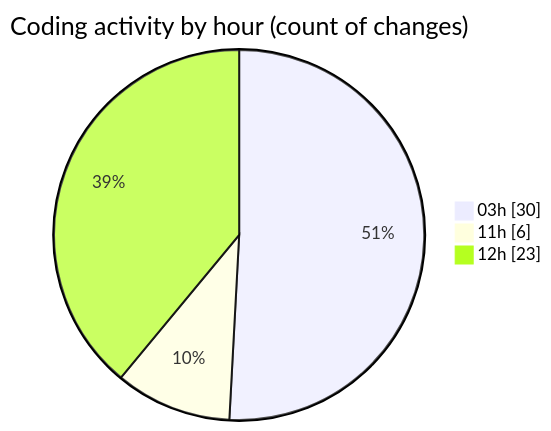
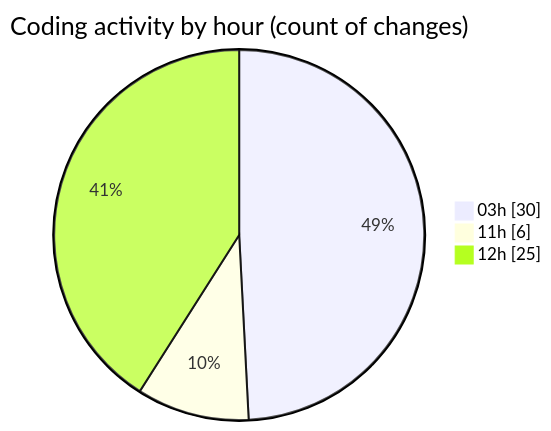
Before and after one commit to lephambinh05/code-tracking: the second of 2 diagrams in 2025-09-13/napxuvn/README.md, drawn with Mermaid. The commit also changed other lines of this file and 1 other file, not shown here.

````diff
--- a/2025-09-13/napxuvn/README.md
+++ b/2025-09-13/napxuvn/README.md
@@ -52,7 +54,7 @@
 ```mermaid
 pie showData
 title Coding activity by hour (count of changes)
 "03h" : 30
 "11h" : 6
-"12h" : 23
+"12h" : 25
 ```
````
